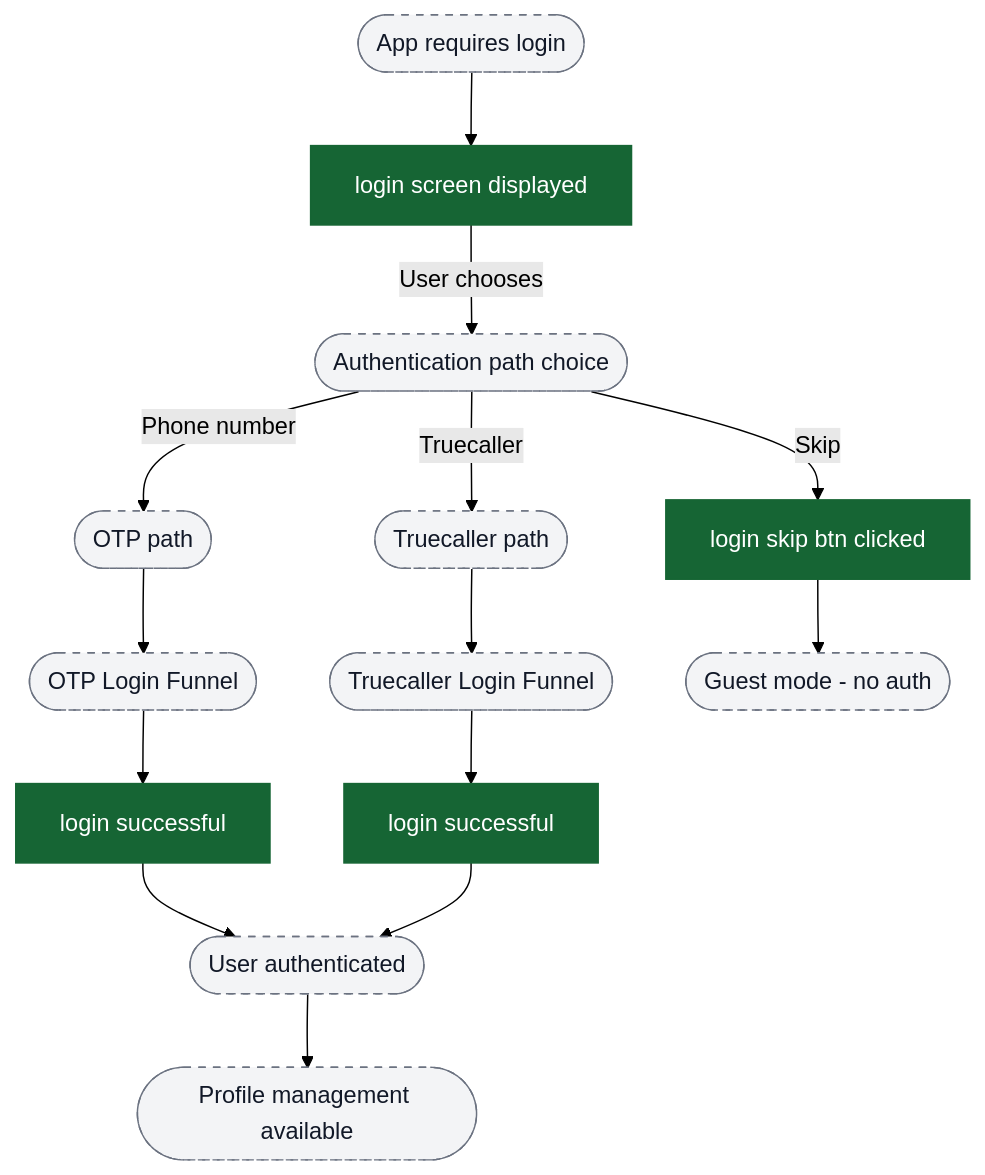
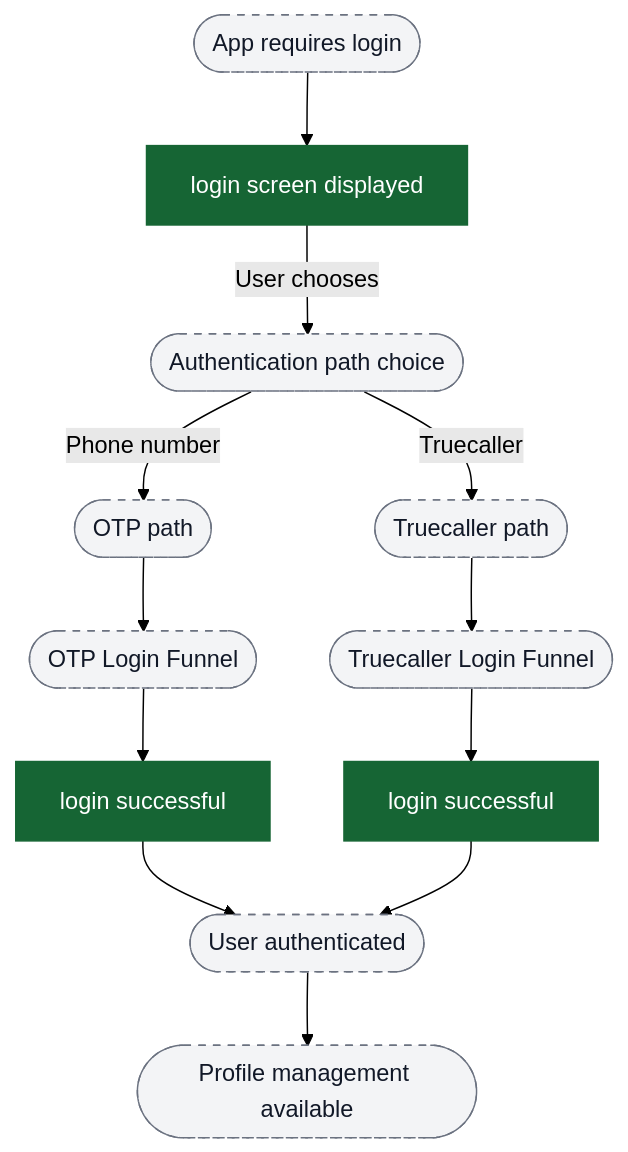
Before and after one commit to ratulsarna/chalo-app-dashboard: the second of 5 diagrams in content/analytics/authentication/flow-diagrams.md, drawn with Mermaid (forest theme). The commit also changed other lines of this file and 2 other files, not shown here.

Commit message:
feat(analytics): update events and flow diagrams for authentication, including new properties and descriptions

````diff
--- a/content/analytics/authentication/flow-diagrams.md
+++ b/content/analytics/authentication/flow-diagrams.md
@@ -32,29 +32,27 @@
 ```mermaid
 flowchart TD
   ui_entry([App requires login]) --> ev_loginScreen["login screen displayed"]
 
   ev_loginScreen -->|User chooses| ui_pathChoice([Authentication path choice])
 
   ui_pathChoice -->|Phone number| ui_otpPath([OTP path])
   ui_pathChoice -->|Truecaller| ui_truecallerPath([Truecaller path])
-  ui_pathChoice -->|Skip| ev_skipLogin["login skip btn clicked"]
 
   ui_otpPath --> funnel_otp([OTP Login Funnel])
   ui_truecallerPath --> funnel_truecaller([Truecaller Login Funnel])
 
   funnel_otp --> ev_loginSuccess1["login successful"]
   funnel_truecaller --> ev_loginSuccess2["login successful"]
 
   ev_loginSuccess1 --> ui_authenticated([User authenticated])
   ev_loginSuccess2 --> ui_authenticated
-  ev_skipLogin --> ui_guest([Guest mode - no auth])
 
   ui_authenticated --> ui_profileAccess([Profile management available])
 
   classDef event fill:#166534,stroke:#166534,color:#ffffff;
   classDef ui fill:#f3f4f6,stroke:#6b7280,stroke-dasharray: 5 5,color:#111827;
   classDef external fill:#ffffff,stroke:#6b7280,stroke-dasharray: 3 3,color:#111827;
 
-  class ev_loginScreen,ev_skipLogin,ev_loginSuccess1,ev_loginSuccess2 event;
-  class ui_entry,ui_pathChoice,ui_otpPath,ui_truecallerPath,ui_authenticated,ui_guest,ui_profileAccess,funnel_otp,funnel_truecaller ui;
+  class ev_loginScreen,ev_loginSuccess1,ev_loginSuccess2 event;
+  class ui_entry,ui_pathChoice,ui_otpPath,ui_truecallerPath,ui_authenticated,ui_profileAccess,funnel_otp,funnel_truecaller ui;
 ```
````
